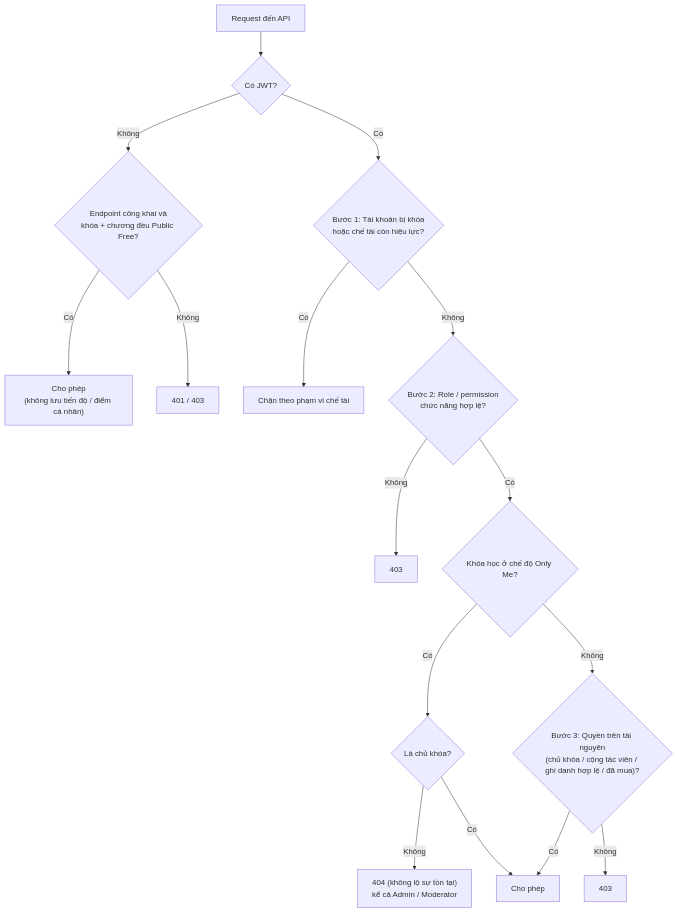
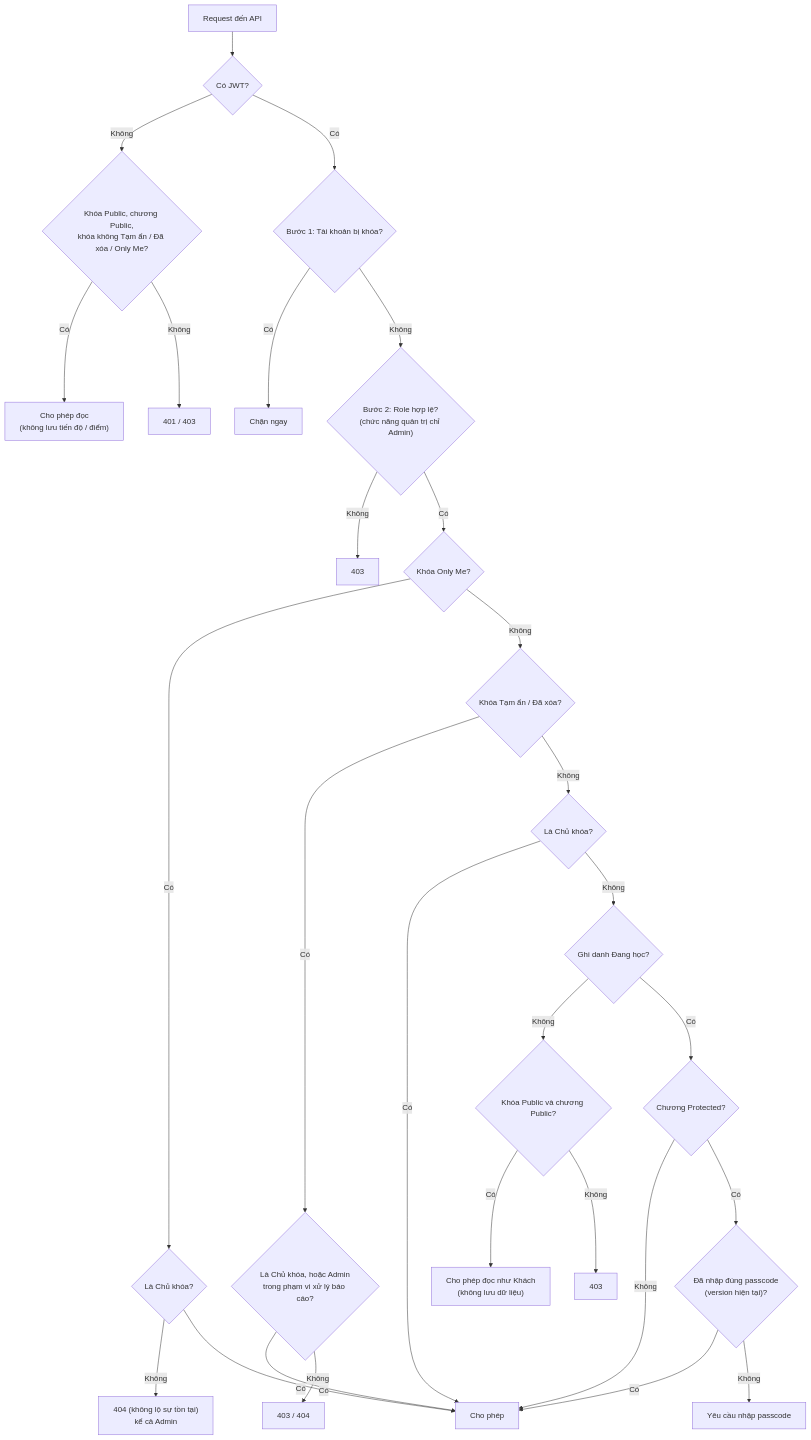
Before and after one commit to nguyenkimthuan102-lab/special-topic-team5: the third of 3 diagrams in docs/KIEN_TRUC_HE_THONG.md, drawn with Mermaid. The commit also changed other lines of this file and 1 other file, not shown here.

Commit message:
chore: cập nhật kiến trúc hệ thống và sequence diagram

````diff
--- a/docs/KIEN_TRUC_HE_THONG.md
+++ b/docs/KIEN_TRUC_HE_THONG.md
@@ -183,20 +144,32 @@
 ```mermaid
 flowchart TB
     Req["Request đến API"] --> HasJwt{"Có JWT?"}
 
-    HasJwt -->|"Không"| GuestChk{"Endpoint công khai và<br/>khóa + chương đều Public Free?"}
-    GuestChk -->|"Có"| AllowG["Cho phép<br/>(không lưu tiến độ / điểm cá nhân)"]
+    HasJwt -->|"Không"| GuestChk{"Khóa Public, chương Public,<br/>khóa không Tạm ẩn / Đã xóa / Only Me?"}
+    GuestChk -->|"Có"| AllowG["Cho phép đọc<br/>(không lưu tiến độ / điểm)"]
     GuestChk -->|"Không"| Deny401["401 / 403"]
 
-    HasJwt -->|"Có"| S1{"Bước 1: Tài khoản bị khóa<br/>hoặc chế tài còn hiệu lực?"}
-    S1 -->|"Có"| DenyRestrict["Chặn theo phạm vi chế tài"]
-    S1 -->|"Không"| S2{"Bước 2: Role / permission<br/>chức năng hợp lệ?"}
+    HasJwt -->|"Có"| S1{"Bước 1: Tài khoản bị khóa?"}
+    S1 -->|"Có"| DenyLock["Chặn ngay"]
+    S1 -->|"Không"| S2{"Bước 2: Role hợp lệ?<br/>(chức năng quản trị chỉ Admin)"}
     S2 -->|"Không"| Deny403a["403"]
-    S2 -->|"Có"| OM{"Khóa học ở chế độ Only Me?"}
-    OM -->|"Có"| Own{"Là chủ khóa?"}
-    Own -->|"Không"| Deny404["404 (không lộ sự tồn tại)<br/>kể cả Admin / Moderator"]
-    Own -->|"Có"| Allow["Cho phép"]
-    OM -->|"Không"| S3{"Bước 3: Quyền trên tài nguyên<br/>(chủ khóa / cộng tác viên / ghi danh hợp lệ / đã mua)?"}
-    S3 -->|"Có"| Allow
-    S3 -->|"Không"| Deny403b["403"]
+    S2 -->|"Có"| OM{"Khóa Only Me?"}
+    OM -->|"Có"| Own1{"Là Chủ khóa?"}
+    Own1 -->|"Không"| Deny404["404 (không lộ sự tồn tại)<br/>kể cả Admin"]
+    Own1 -->|"Có"| Allow["Cho phép"]
+    OM -->|"Không"| Hid{"Khóa Tạm ẩn / Đã xóa?"}
+    Hid -->|"Có"| Own2{"Là Chủ khóa, hoặc Admin<br/>trong phạm vi xử lý báo cáo?"}
+    Own2 -->|"Có"| Allow
+    Own2 -->|"Không"| Deny403b["403 / 404"]
+    Hid -->|"Không"| Own3{"Là Chủ khóa?"}
+    Own3 -->|"Có"| Allow
+    Own3 -->|"Không"| En{"Ghi danh Đang học?"}
+    En -->|"Không"| Pub{"Khóa Public và chương Public?"}
+    Pub -->|"Có"| AllowG2["Cho phép đọc như Khách<br/>(không lưu dữ liệu)"]
+    Pub -->|"Không"| Deny403c["403"]
+    En -->|"Có"| Prot{"Chương Protected?"}
+    Prot -->|"Không"| Allow
+    Prot -->|"Có"| Pass{"Đã nhập đúng passcode<br/>(version hiện tại)?"}
+    Pass -->|"Có"| Allow
+    Pass -->|"Không"| DenyPass["Yêu cầu nhập passcode"]
 ```
````
